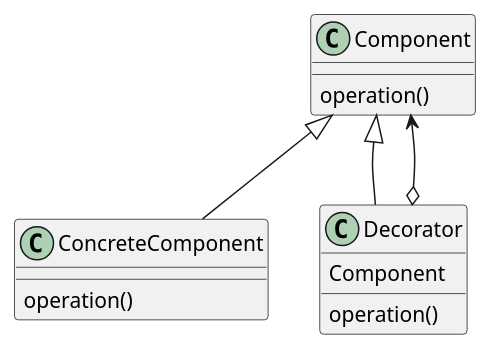
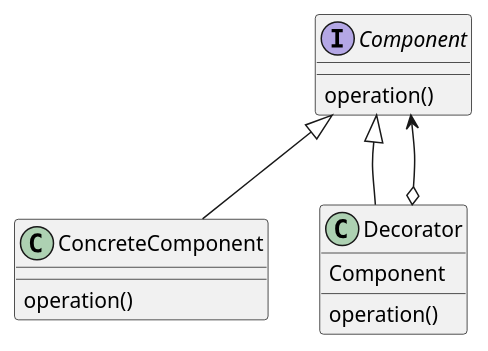
One commit to sirejik/software-design-patterns changed the diagram in structural_patterns/decorator/decorator.puml. Above: the diagram before and after it, drawn with PlantUML. The commit also changed 7 other files, not shown here.

```diff
--- a/structural_patterns/decorator/decorator.puml
+++ b/structural_patterns/decorator/decorator.puml
@@ -1,18 +1,18 @@
 @startuml
 
-class Component {
+interface Component {
     operation()
 }
 class ConcreteComponent {
     operation()
 }
 class Decorator {
     Component
     operation()
 }
 
 Component <|-- ConcreteComponent
 Component <|-- Decorator
 Decorator o--> Component
 
 @enduml
```
